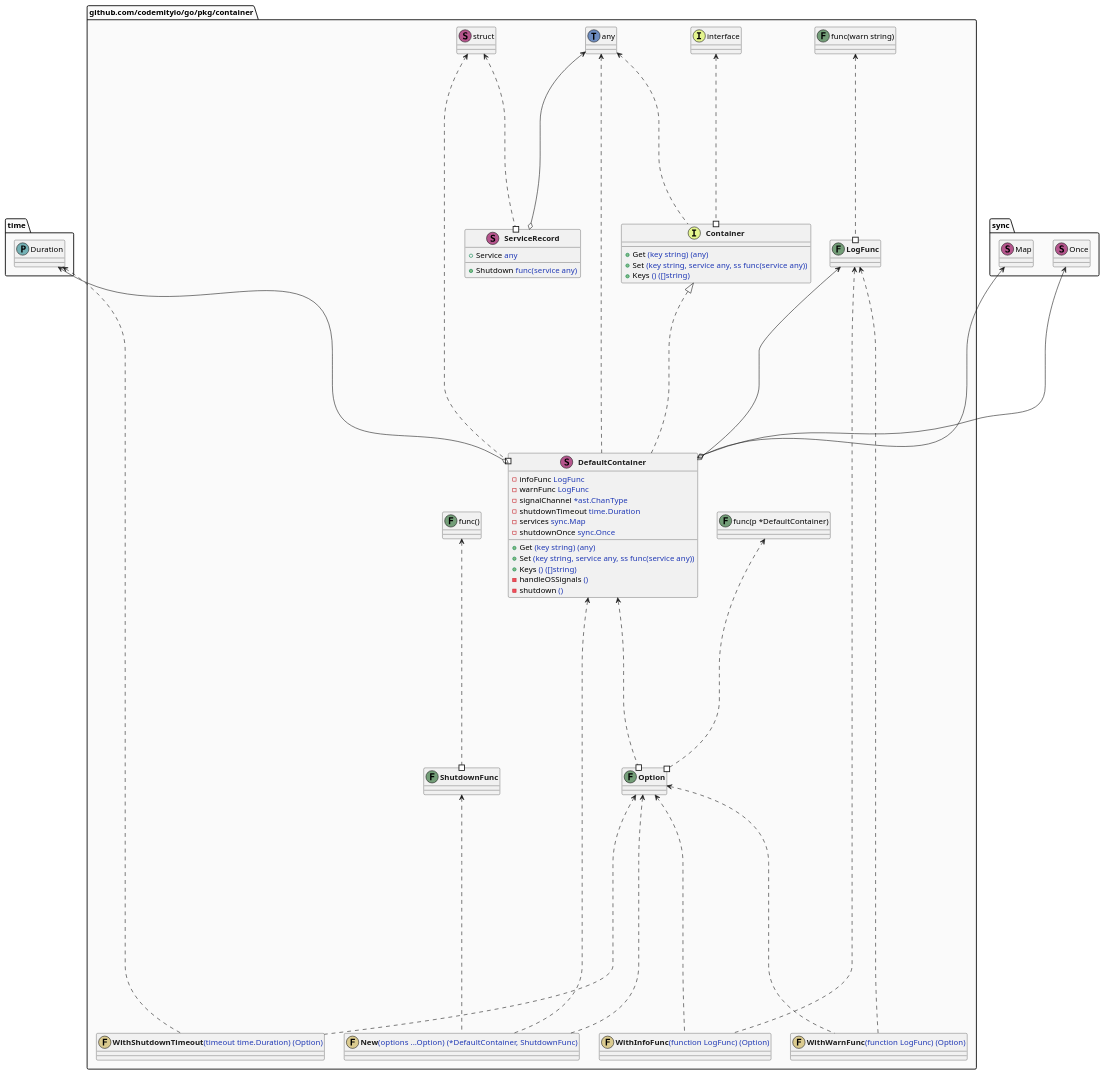
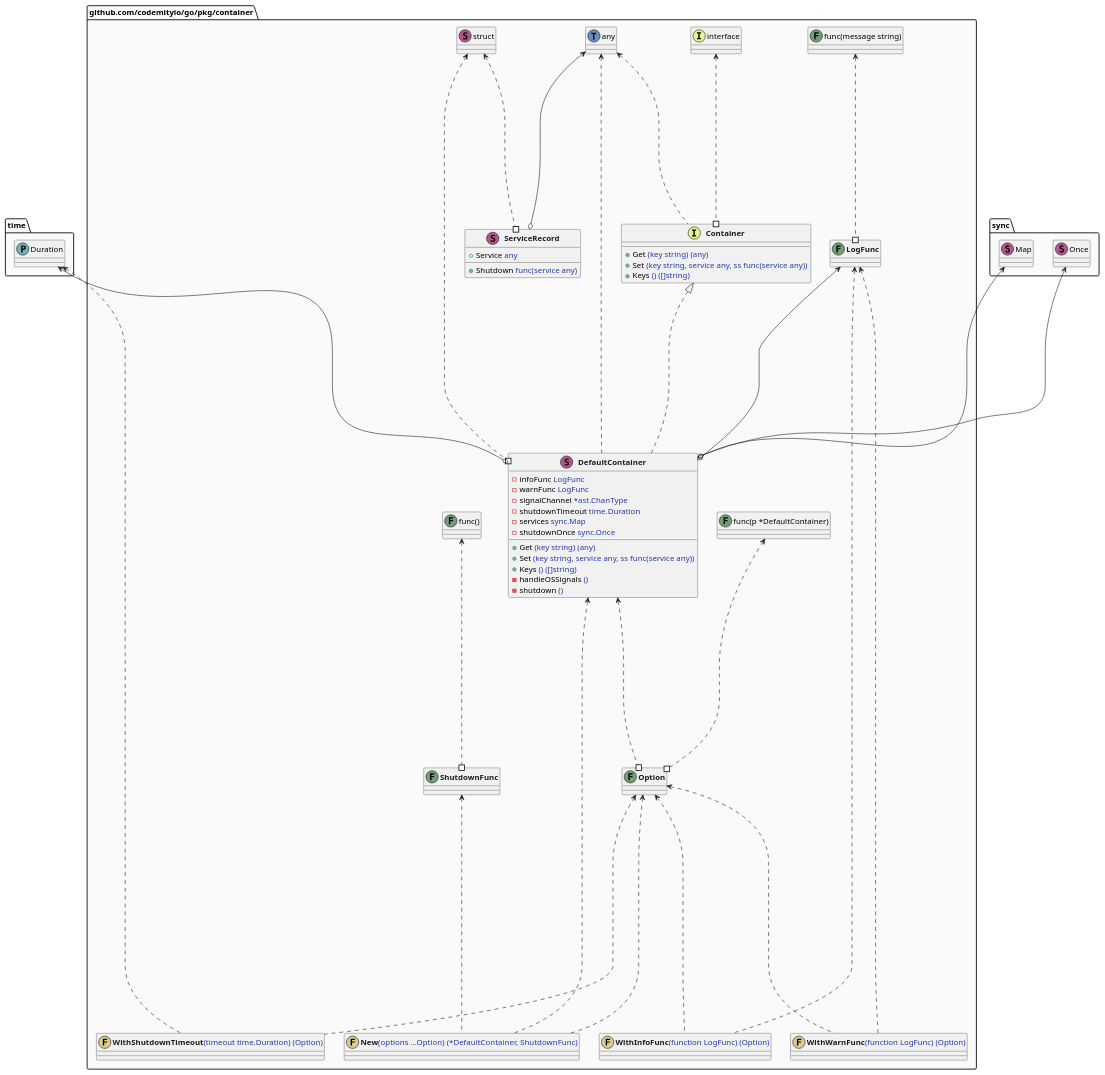
The diagram in pkg/container/graph.puml (codemityio/go), drawn with PlantUML before and after one commit. The commit also changed 98 other files, not shown here.

```diff
--- a/pkg/container/graph.puml
+++ b/pkg/container/graph.puml
@@ -1,94 +1,94 @@
 @startuml
 top to bottom direction
 skinparam package {
     BackgroundColor #fafafa
 }
 skinparam defaulttextalignment center
 skinparam noteTextAlignment left
 package "github.com/codemityio/go/pkg/container" as github_com_codemityio_go_pkg_container {
     class "<b><font color=#1c1c1c>DefaultContainer</font></b>" as github_com_codemityio_go_pkg_container_DefaultContainer << (S, #b5558d) >> {
         - infoFunc <font color=#1f38b5>LogFunc</font>
         - warnFunc <font color=#1f38b5>LogFunc</font>
         - signalChannel <font color=#1f38b5>*ast.ChanType</font>
         - shutdownTimeout <font color=#1f38b5>time.Duration</font>
         - services <font color=#1f38b5>sync.Map</font>
         - shutdownOnce <font color=#1f38b5>sync.Once</font>
         + Get <font color=#1f38b5>(key string) (any)</font>
         + Set <font color=#1f38b5>(key string, service any, ss func(service any))</font>
         + Keys <font color=#1f38b5>() ([]string)</font>
         - handleOSSignals <font color=#1f38b5>()</font>
         - shutdown <font color=#1f38b5>()</font>
     }
     class "<b><font color=#1c1c1c>Container</font></b>" as github_com_codemityio_go_pkg_container_Container << (I, #e4f58e) >> {
         + Get <font color=#1f38b5>(key string) (any)</font>
         + Set <font color=#1f38b5>(key string, service any, ss func(service any))</font>
         + Keys <font color=#1f38b5>() ([]string)</font>
     }
     class "<b><font color=#1c1c1c>Option</font></b>" as github_com_codemityio_go_pkg_container_Option << (F, #739e78) >> {
     }
     class "<b><font color=#1c1c1c>ShutdownFunc</font></b>" as github_com_codemityio_go_pkg_container_ShutdownFunc << (F, #739e78) >> {
     }
     class "<b><font color=#1c1c1c>ServiceRecord</font></b>" as github_com_codemityio_go_pkg_container_ServiceRecord << (S, #b5558d) >> {
         + Service <font color=#1f38b5>any</font>
         + Shutdown <font color=#1f38b5>func(service any)</font>
     }
     class "<b><font color=#1c1c1c>LogFunc</font></b>" as github_com_codemityio_go_pkg_container_LogFunc << (F, #739e78) >> {
     }
     class "<b><font color=#1c1c1c>New</font></b><font color=#1f38b5>(options ...Option) (*DefaultContainer, ShutdownFunc)</font>" as github_com_codemityio_go_pkg_container_New << (F, #dbcb8f) >> {}
     class "<b><font color=#1c1c1c>WithInfoFunc</font></b><font color=#1f38b5>(function LogFunc) (Option)</font>" as github_com_codemityio_go_pkg_container_WithInfoFunc << (F, #dbcb8f) >> {}
     class "<b><font color=#1c1c1c>WithWarnFunc</font></b><font color=#1f38b5>(function LogFunc) (Option)</font>" as github_com_codemityio_go_pkg_container_WithWarnFunc << (F, #dbcb8f) >> {}
     class "<b><font color=#1c1c1c>WithShutdownTimeout</font></b><font color=#1f38b5>(timeout time.Duration) (Option)</font>" as github_com_codemityio_go_pkg_container_WithShutdownTimeout << (F, #dbcb8f) >> {}
 }
 package "github.com/codemityio/go/pkg/container" as github_com_codemityio_go_pkg_container {
     class "struct" as _struct << (S, #b5558d) >> {}
     package "time" as .time {
         class "Duration" as time_Duration << (P, #74b1b5) >> {}
     }
     package "sync" as .sync {
         class "Map" as sync_Map << (S, #b5558d) >> {}
     }
     package "sync" as .sync {
         class "Once" as sync_Once << (S, #b5558d) >> {}
     }
     class "any" as _any << (T, #6d8cbf) >> {}
     class "any" as _any << (T, #6d8cbf) >> {}
     class "interface" as _interface << (I, #e4f58e) >> {}
     class "any" as _any << (T, #6d8cbf) >> {}
     class "any" as _any << (T, #6d8cbf) >> {}
     class "func(p *DefaultContainer)" as github_com_codemityio_go_pkg_container_func_p__DefaultContainer_ << (F, #739e78) >> {}
     class "func()" as github_com_codemityio_go_pkg_container_func__ << (F, #739e78) >> {}
     class "struct" as _struct << (S, #b5558d) >> {}
     class "any" as _any << (T, #6d8cbf) >> {}
     class "any" as _any << (T, #6d8cbf) >> {}
-    class "func(warn string)" as github_com_codemityio_go_pkg_container_func_warn_string_ << (F, #739e78) >> {}
+    class "func(message string)" as github_com_codemityio_go_pkg_container_func_message_string_ << (F, #739e78) >> {}
     package "time" as .time {
         class "Duration" as time_Duration << (P, #74b1b5) >> {}
     }
 }
 package "github.com/codemityio/go/pkg/container" as github_com_codemityio_go_pkg_container {
     github_com_codemityio_go_pkg_container_DefaultContainer #...up...> _struct
     github_com_codemityio_go_pkg_container_DefaultContainer ...up...|> github_com_codemityio_go_pkg_container_Container
     github_com_codemityio_go_pkg_container_DefaultContainer o---up---> github_com_codemityio_go_pkg_container_LogFunc
     github_com_codemityio_go_pkg_container_DefaultContainer o---up---> time_Duration
     github_com_codemityio_go_pkg_container_DefaultContainer o---up---> sync_Map
     github_com_codemityio_go_pkg_container_DefaultContainer o---up---> sync_Once
     github_com_codemityio_go_pkg_container_DefaultContainer ...up...> _any
     github_com_codemityio_go_pkg_container_Container #...up...> _interface
     github_com_codemityio_go_pkg_container_Container ...up...> _any
     github_com_codemityio_go_pkg_container_Option #...up...> github_com_codemityio_go_pkg_container_DefaultContainer
     github_com_codemityio_go_pkg_container_Option #...up...> github_com_codemityio_go_pkg_container_func_p__DefaultContainer_
     github_com_codemityio_go_pkg_container_ShutdownFunc #...up...> github_com_codemityio_go_pkg_container_func__
     github_com_codemityio_go_pkg_container_ServiceRecord #...up...> _struct
     github_com_codemityio_go_pkg_container_ServiceRecord o---up---> _any
-    github_com_codemityio_go_pkg_container_LogFunc #...up...> github_com_codemityio_go_pkg_container_func_warn_string_
+    github_com_codemityio_go_pkg_container_LogFunc #...up...> github_com_codemityio_go_pkg_container_func_message_string_
     github_com_codemityio_go_pkg_container_New ....up....> github_com_codemityio_go_pkg_container_Option
     github_com_codemityio_go_pkg_container_New ....up....> github_com_codemityio_go_pkg_container_DefaultContainer
     github_com_codemityio_go_pkg_container_New ....up....> github_com_codemityio_go_pkg_container_ShutdownFunc
     github_com_codemityio_go_pkg_container_WithInfoFunc ....up....> github_com_codemityio_go_pkg_container_LogFunc
     github_com_codemityio_go_pkg_container_WithInfoFunc ....up....> github_com_codemityio_go_pkg_container_Option
     github_com_codemityio_go_pkg_container_WithWarnFunc ....up....> github_com_codemityio_go_pkg_container_LogFunc
     github_com_codemityio_go_pkg_container_WithWarnFunc ....up....> github_com_codemityio_go_pkg_container_Option
     github_com_codemityio_go_pkg_container_WithShutdownTimeout ....up....> time_Duration
     github_com_codemityio_go_pkg_container_WithShutdownTimeout ....up....> github_com_codemityio_go_pkg_container_Option
 }
 @enduml
```
